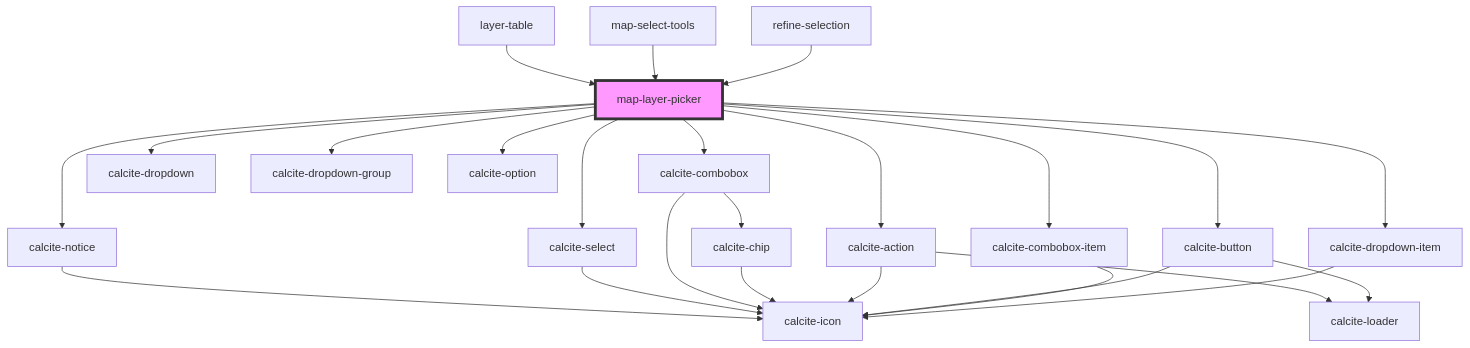
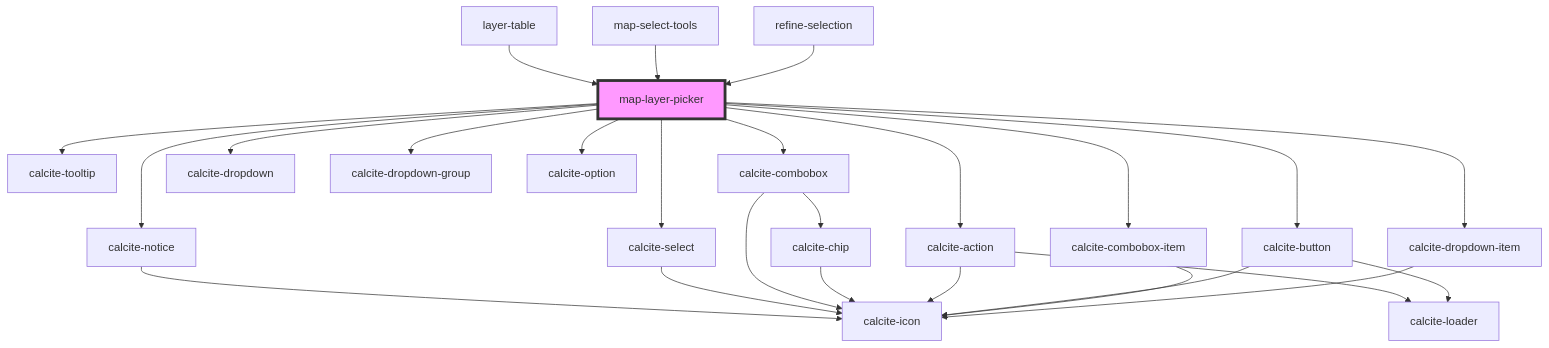
The diagram in src/components/map-layer-picker/readme.md (Esri/solutions-components), drawn with Mermaid before and after one commit. The commit also changed other lines of this file and 8 other files, not shown here.

````diff
--- a/src/components/map-layer-picker/readme.md
+++ b/src/components/map-layer-picker/readme.md
@@ -54,28 +55,29 @@
 ```mermaid
 graph TD;
   map-layer-picker --> calcite-notice
+  map-layer-picker --> calcite-tooltip
   map-layer-picker --> calcite-select
   map-layer-picker --> calcite-combobox
   map-layer-picker --> calcite-dropdown
   map-layer-picker --> calcite-action
   map-layer-picker --> calcite-button
   map-layer-picker --> calcite-dropdown-group
   map-layer-picker --> calcite-combobox-item
   map-layer-picker --> calcite-option
   map-layer-picker --> calcite-dropdown-item
   calcite-notice --> calcite-icon
   calcite-select --> calcite-icon
   calcite-combobox --> calcite-chip
   calcite-combobox --> calcite-icon
   calcite-chip --> calcite-icon
   calcite-action --> calcite-loader
   calcite-action --> calcite-icon
   calcite-button --> calcite-loader
   calcite-button --> calcite-icon
   calcite-combobox-item --> calcite-icon
   calcite-dropdown-item --> calcite-icon
   layer-table --> map-layer-picker
   map-select-tools --> map-layer-picker
   refine-selection --> map-layer-picker
   style map-layer-picker fill:#f9f,stroke:#333,stroke-width:4px
 ```
````
